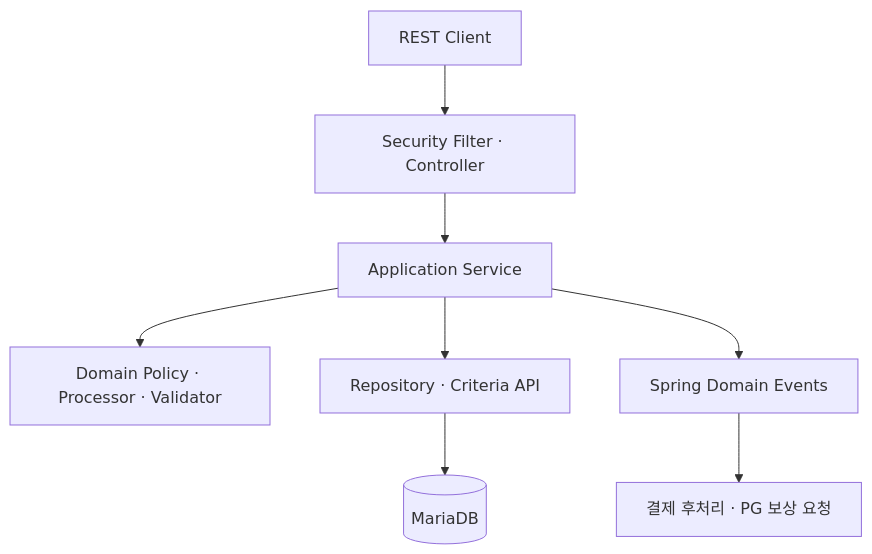
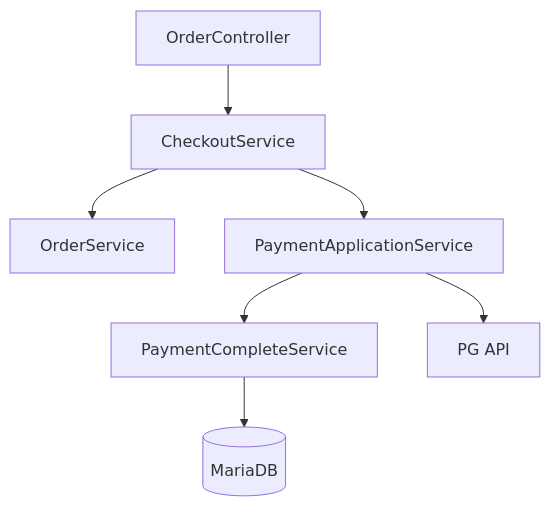
One commit to leedoohee/fnb-front-backend-api changed the first of 2 diagrams in README.md. Above: the diagram before and after it, drawn with Mermaid. The commit also changed other lines of this file, not shown here.

````diff
--- a/README.md
+++ b/README.md
@@ -39,10 +42,9 @@
 ```mermaid
 flowchart TD
-    A["REST Client"] --> B["Security Filter · Controller"]
-    B --> C["Application Service"]
-    C --> D["Domain Policy · Processor · Validator"]
-    C --> E["Repository · Criteria API"]
-    E --> F[(MariaDB)]
-    C --> G["Spring Domain Events"]
-    G --> H["결제 후처리 · PG 보상 요청"]
+    C["OrderController"] --> CO["CheckoutService"]
+    CO --> O["OrderService"]
+    CO --> PA["PaymentApplicationService"]
+    PA --> PC["PaymentCompleteService"]
+    PA --> PG["PG API"]
+    PC --> DB[("MariaDB")]
 ```
````
